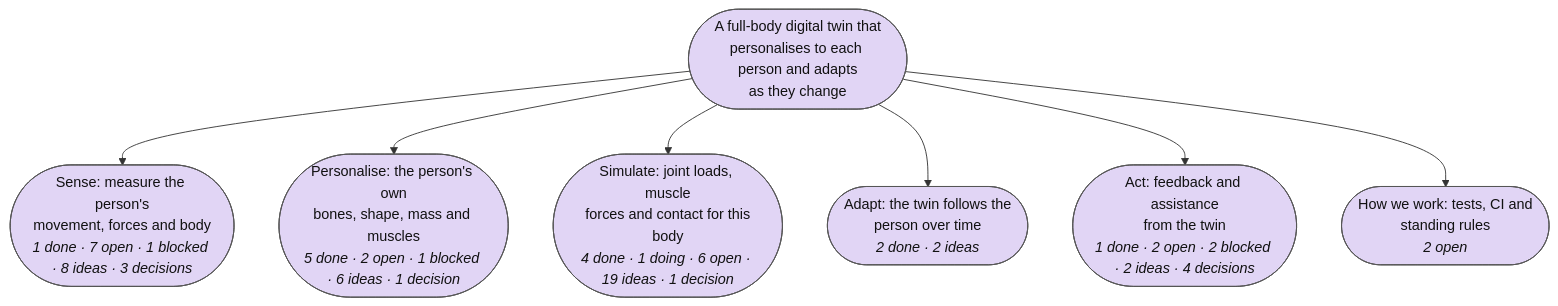
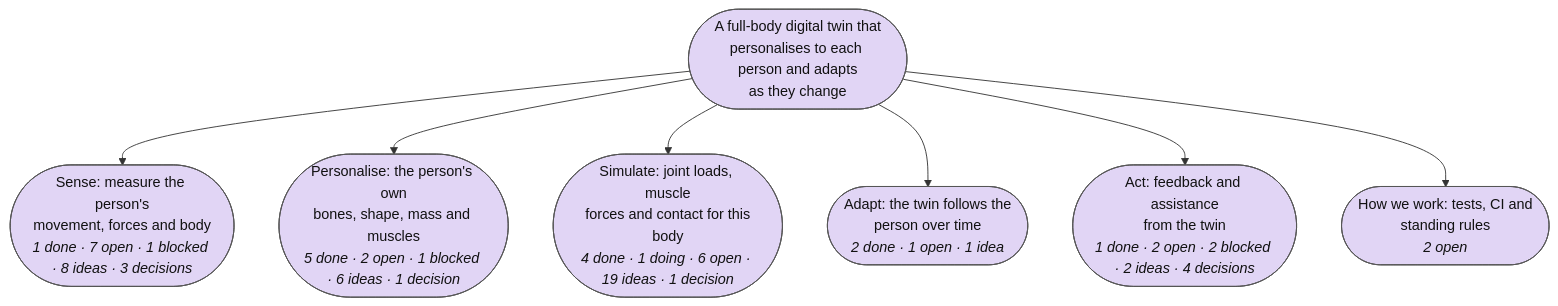
Before and after one commit to Sigurius23/Rehab-agent: the first of 7 diagrams in plan/MAP.md, drawn with Mermaid. The commit also changed other lines of this file and 4 other files, not shown here.

````diff
--- a/plan/MAP.md
+++ b/plan/MAP.md
@@ -9,35 +9,35 @@
 ```mermaid
 flowchart TB
   r(["A full-body digital twin that<br/>personalises to each person and adapts<br/>as they change"]):::goal_open
   p0(["Sense: measure the person's<br/>movement, forces and body<br/><i>1 done · 7 open · 1 blocked · 8 ideas · 3 decisions</i>"]):::goal_open
   r --> p0
   p1(["Personalise: the person's own<br/>bones, shape, mass and muscles<br/><i>5 done · 2 open · 1 blocked · 6 ideas · 1 decision</i>"]):::goal_open
   r --> p1
   p2(["Simulate: joint loads, muscle<br/>forces and contact for this<br/>body<br/><i>4 done · 1 doing · 6 open · 19 ideas · 1 decision</i>"]):::goal_open
   r --> p2
-  p3(["Adapt: the twin follows the<br/>person over time<br/><i>2 done · 2 ideas</i>"]):::goal_open
+  p3(["Adapt: the twin follows the<br/>person over time<br/><i>2 done · 1 open · 1 idea</i>"]):::goal_open
   r --> p3
   p4(["Act: feedback and assistance<br/>from the twin<br/><i>1 done · 2 open · 2 blocked · 2 ideas · 4 decisions</i>"]):::goal_open
   r --> p4
   p5(["How we work: tests, CI and<br/>standing rules<br/><i>2 open</i>"]):::goal_open
   r --> p5
   classDef goal_open fill:#e1d5f5,stroke:#555,color:#111
   classDef goal_done fill:#c8e6c9,stroke:#555,color:#111
   classDef step_open fill:#ffffff,stroke:#555,color:#111
   classDef step_doing fill:#fff3c4,stroke:#555,color:#111
   classDef step_done fill:#c8e6c9,stroke:#555,color:#111
   classDef step_blocked fill:#ffe0b2,stroke:#555,color:#111
   classDef step_dropped fill:#eeeeee,stroke:#555,color:#111
   classDef test_planned fill:#ffffff,stroke:#555,color:#111
   classDef test_running fill:#fff3c4,stroke:#555,color:#111
   classDef test_passed fill:#c8e6c9,stroke:#555,color:#111
   classDef test_failed fill:#ffcdd2,stroke:#555,color:#111
   classDef test_mixed fill:#fff3c4,stroke:#555,color:#111
   classDef test_dropped fill:#eeeeee,stroke:#555,color:#111
   classDef idea_new fill:#d7f0f7,stroke:#555,color:#111,stroke-dasharray: 4 3
   classDef idea_promoted fill:#eeeeee,stroke:#555,color:#111,stroke-dasharray: 4 3
   classDef idea_dropped fill:#eeeeee,stroke:#555,color:#111,stroke-dasharray: 4 3
   classDef decision_open fill:#ffe0b2,stroke:#555,color:#111
   classDef decision_decided fill:#ffe0b2,stroke:#555,color:#111
   classDef external fill:#f5f5f5,stroke:#aaa,color:#777,stroke-dasharray: 2 2
 ```
````
